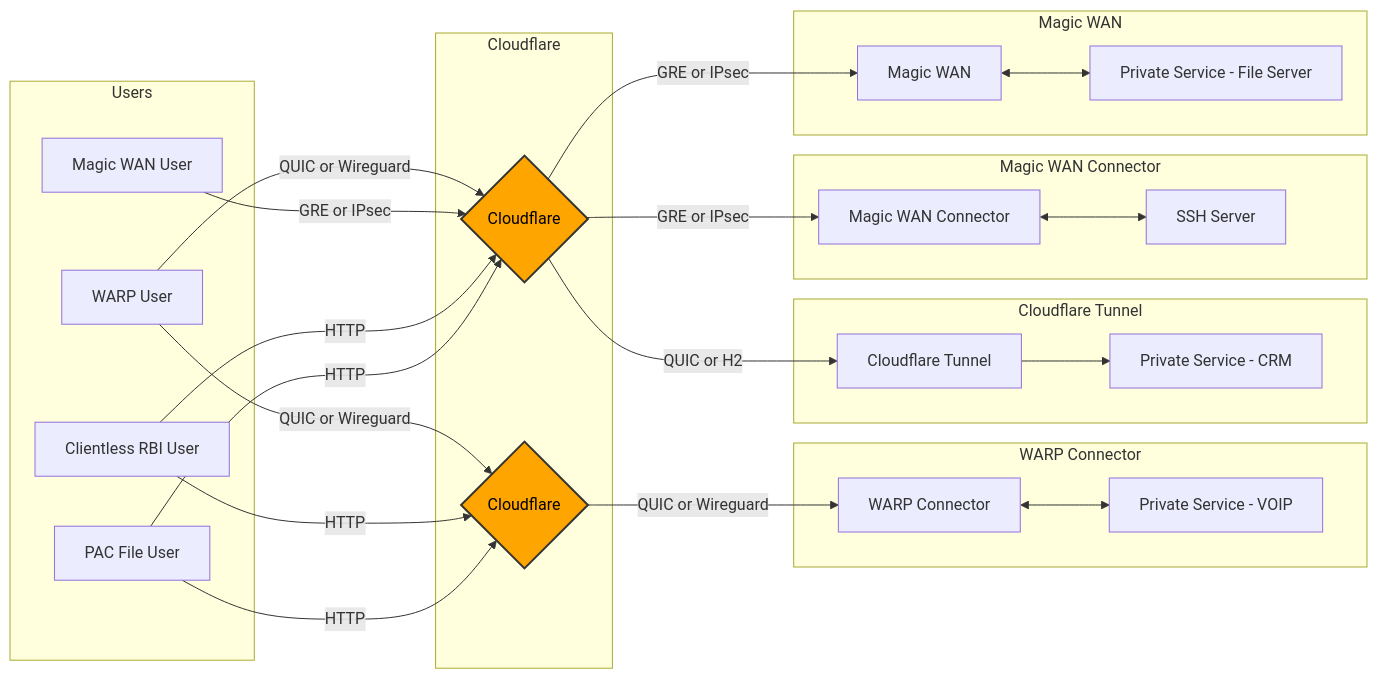
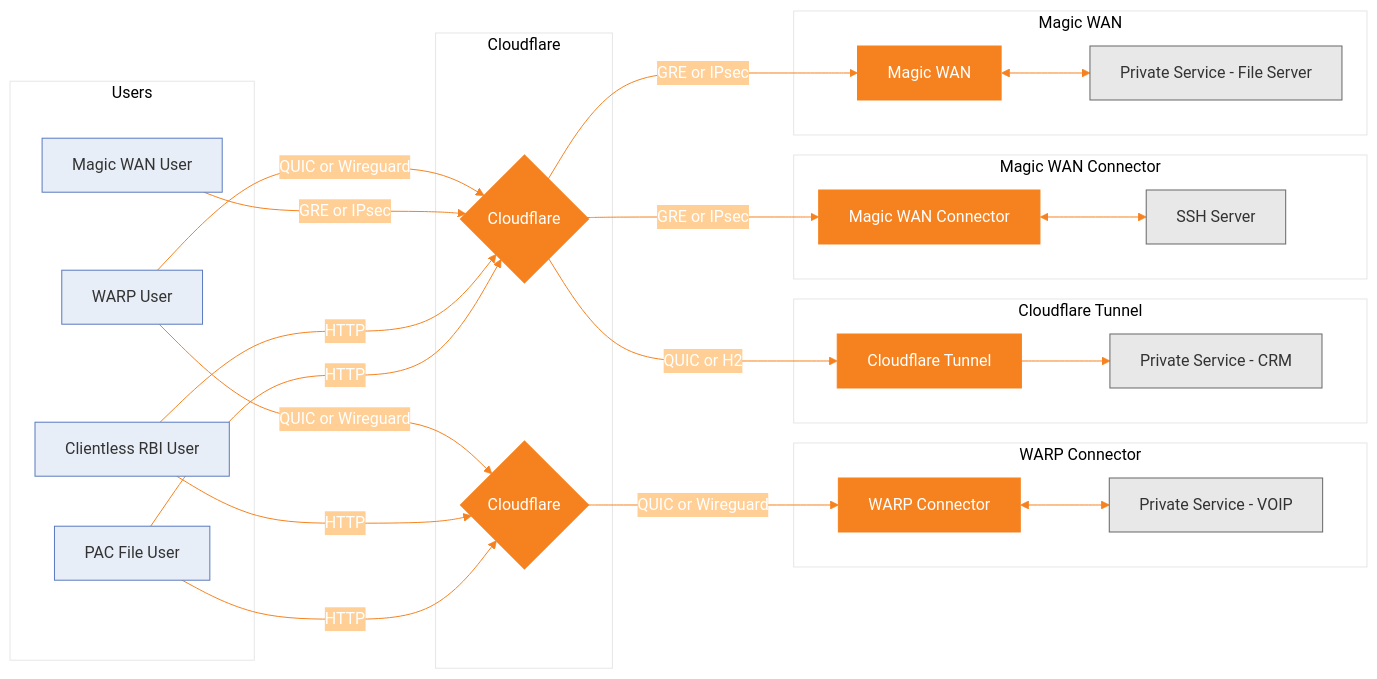
One commit to erfianugrah/lexicanum changed the diagram in src/content/docs/guides/magic-wan-interop.mdx. Above: the diagram before and after it, drawn with Mermaid.

Commit message:
diagram colors

````diff
--- a/src/content/docs/guides/magic-wan-interop.mdx
+++ b/src/content/docs/guides/magic-wan-interop.mdx
@@ -257,30 +257,51 @@
 ```mermaid
+%%{init: { 
+  'theme': 'base',
+  'themeVariables': {
+     'primaryColor': '#F6821F',
+     'primaryTextColor': '#fff',
+     'primaryBorderColor': '#F6821F',
+     'lineColor': '#F6821F',
+     'secondaryColor': '#FFCF96',
+     'tertiaryColor': '#fff'
+  },
+  'darkMode': true,
+  'themeCSS': '.label { color: #333; } .cluster rect, .node rect, .node circle, .node ellipse, .node polygon, .node path { fill: #f6821f; } .dark-mode .label { color: #eee; } .dark-mode .cluster rect, .dark-mode .node rect, .dark-mode .node circle, .dark-mode .node ellipse, .dark-mode .node polygon, .dark-mode .node path { fill: #F6821F; }'
+}}%%
 graph LR;
-  classDef cloudflare fill:#FFA500,stroke:#333,stroke-width:2px,color:#000000;
+  classDef cloudflare fill: %%primaryColor%%, stroke: %%primaryBorderColor%%, stroke-width:2px, color: %%primaryTextColor%%;
+  classDef service fill:#e8e8e8,stroke:#666,color:#333;
+  classDef serviceUser fill:#e8eef7,stroke:#5a7abf,color:#333;
+  
   subgraph Cloudflare
     K{Cloudflare}
     L{Cloudflare} 
-  class K,L cloudflare
+    class K,L cloudflare
   end
+  
   subgraph Users
-    M[PAC File User] --> |HTTP| K
+    M[PAC File User]:::serviceUser --> |HTTP| K
     M --> |HTTP| L
-    N[Clientless RBI User] --> |HTTP| K
+    N[Clientless RBI User]:::serviceUser --> |HTTP| K
     N --> |HTTP| L
-    F[Magic WAN User] --> |GRE or IPsec| K
-    A[WARP User] --> |QUIC or Wireguard| K
+    F[Magic WAN User]:::serviceUser --> |GRE or IPsec| K
+    A[WARP User]:::serviceUser --> |QUIC or Wireguard| K
     A --> |QUIC or Wireguard| L
   end
+  
   subgraph WARP Connector   
-    L -->|QUIC or Wireguard| H[WARP Connector] <--> I[Private Service - VOIP]   
+    L -->|QUIC or Wireguard| H[WARP Connector] <--> I[Private Service - VOIP]:::service   
   end
+  
   subgraph Magic WAN
-    K --> |GRE or IPsec| D[Magic WAN] <--> E[Private Service - File Server] 
+    K --> |GRE or IPsec| D[Magic WAN] <--> E[Private Service - File Server]:::service 
   end
+  
   subgraph Magic WAN Connector
-    K --> |GRE or IPsec| G[Magic WAN Connector] <--> J[SSH Server]
+    K --> |GRE or IPsec| G[Magic WAN Connector] <--> J[SSH Server]:::service
   end
+  
   subgraph Cloudflare Tunnel
-    K --> |QUIC or H2| B[Cloudflare Tunnel] --> C[Private Service - CRM] 
+    K --> |QUIC or H2| B[Cloudflare Tunnel] --> C[Private Service - CRM]:::service 
   end
 ```
````
